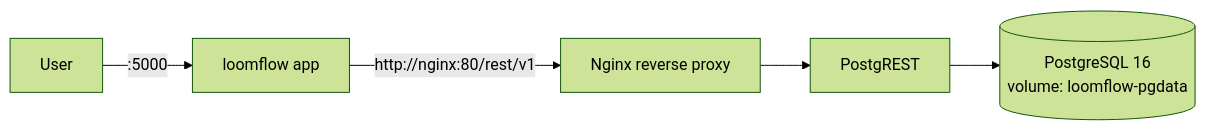
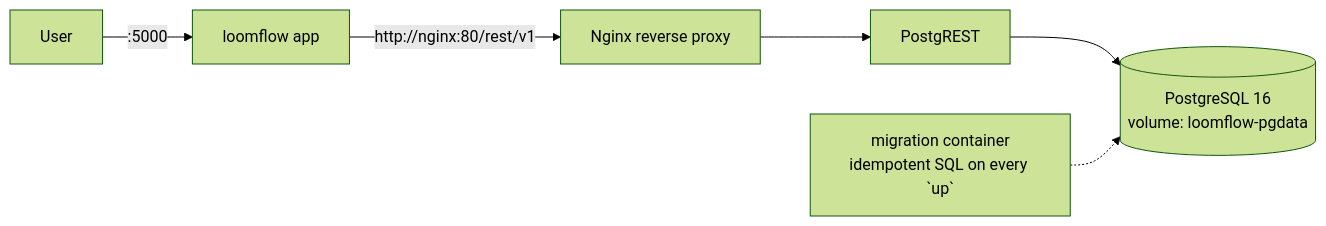
The second of 2 diagrams in README.md (banmu123/LoomFlow), drawn with Mermaid (forest theme) before and after one commit. The commit also changed other lines of this file and 1 other file, not shown here.

Commit message:
docs: README 全面同步 v0.1.5 现状——节点数 10→12、部署方式改 Docker Compose、架构图补 Search Registry/migration、目录结构补 search/agent/secrets、SQL 清单补全 8 个文件、health 示例 v0.1.5、删 Drizzle 描述

````diff
--- a/README.md
+++ b/README.md
@@ -145,7 +145,8 @@
 ```mermaid
 flowchart LR
     User["User"] -->|":5000"| App["loomflow app"]
     App -->|"http://nginx:80/rest/v1"| Nginx["Nginx reverse proxy"]
     Nginx --> PostgREST["PostgREST"]
     PostgREST --> PG[("PostgreSQL 16<br/>volume: loomflow-pgdata")]
+    Mig["migration container<br/>idempotent SQL on every `up`"] -.-> PG
 ```
````
